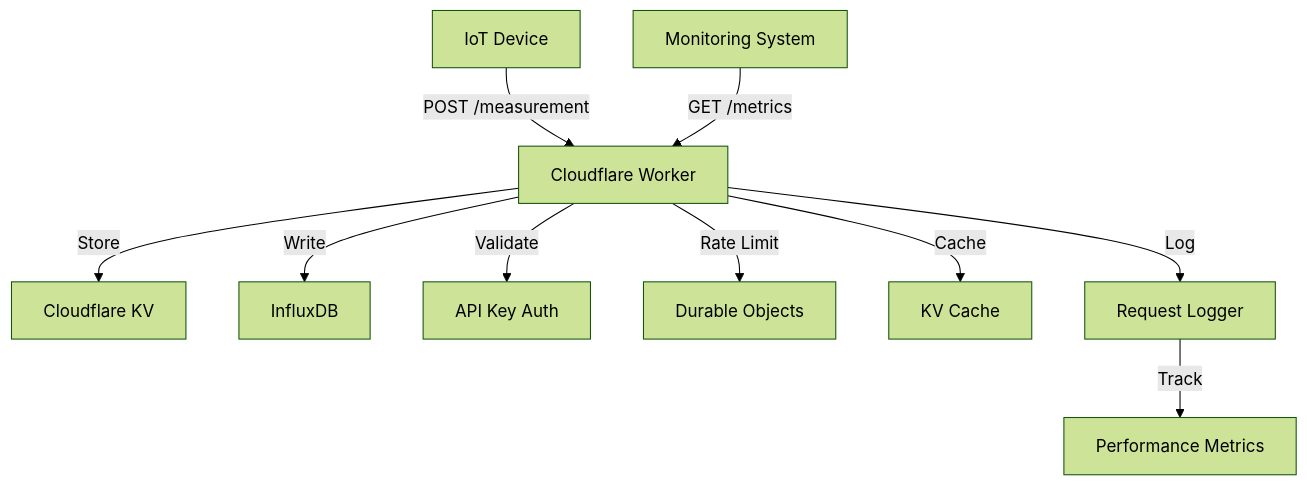
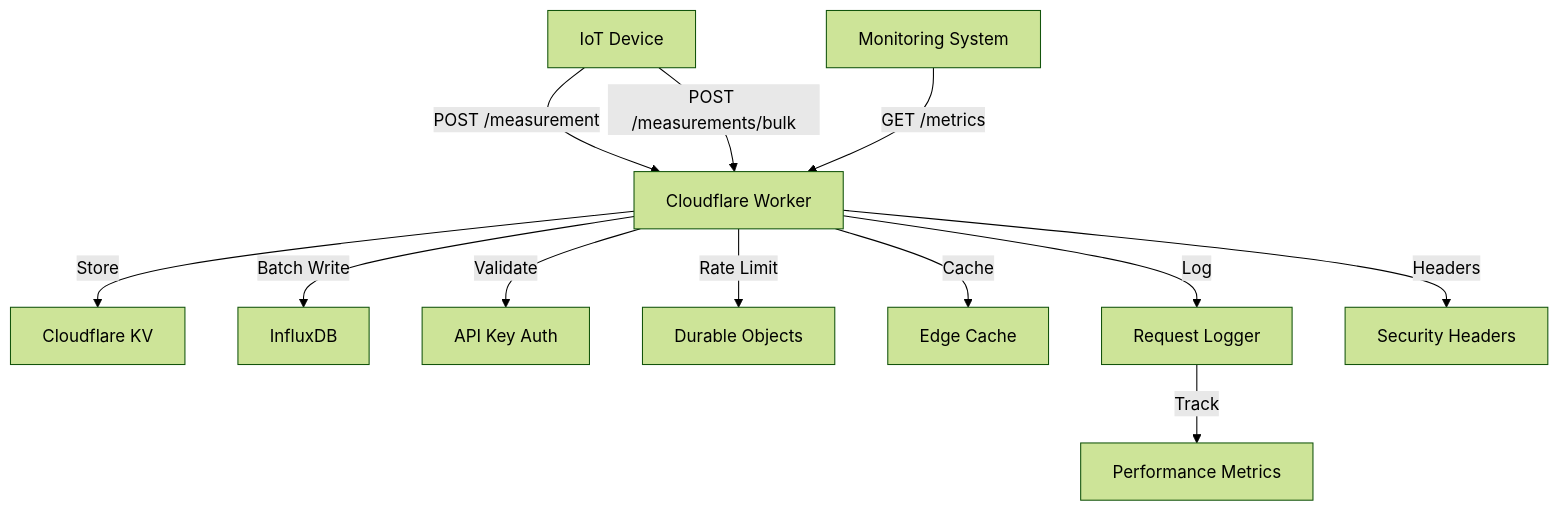
One commit to veilands/cf-learn changed the diagram in README.md. Above: the diagram before and after it, drawn with Mermaid (forest theme). The commit also changed other lines of this file and 39 other files, not shown here.

````diff
--- a/README.md
+++ b/README.md
@@ -20,12 +43,14 @@
 ```mermaid
 graph TD
     Device[IoT Device] -->|POST /measurement| Worker[Cloudflare Worker]
+    Device -->|POST /measurements/bulk| Worker
     Monitor[Monitoring System] -->|GET /metrics| Worker
     Worker -->|Store| KV[Cloudflare KV]
-    Worker -->|Write| InfluxDB[InfluxDB]
+    Worker -->|Batch Write| InfluxDB[InfluxDB]
     Worker -->|Validate| Auth[API Key Auth]
     Worker -->|Rate Limit| RateLimit[Durable Objects]
-    Worker -->|Cache| Cache[KV Cache]
+    Worker -->|Cache| Cache[Edge Cache]
     Worker -->|Log| Logger[Request Logger]
+    Worker -->|Headers| Security[Security Headers]
     Logger -->|Track| Metrics[Performance Metrics]
 ```
````
